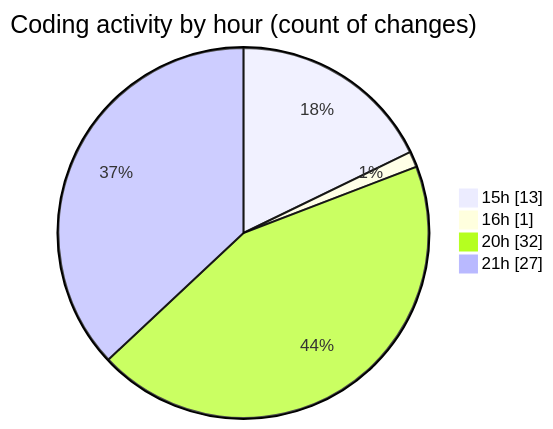
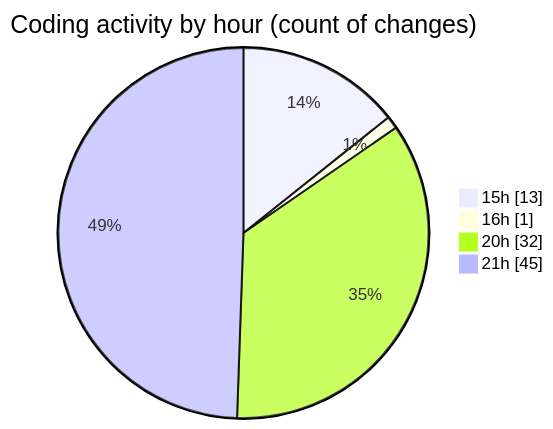
One commit to EIIisD/code-tracking changed the second of 2 diagrams in 2025-07-17/ribbon/README.md. Above: the diagram before and after it, drawn with Mermaid. The commit also changed other lines of this file and 1 other file, not shown here.

````diff
--- a/2025-07-17/ribbon/README.md
+++ b/2025-07-17/ribbon/README.md
@@ -57,8 +66,8 @@
 ```mermaid
 pie showData
 title Coding activity by hour (count of changes)
 "15h" : 13
 "16h" : 1
 "20h" : 32
-"21h" : 27
+"21h" : 45
 ```
````
